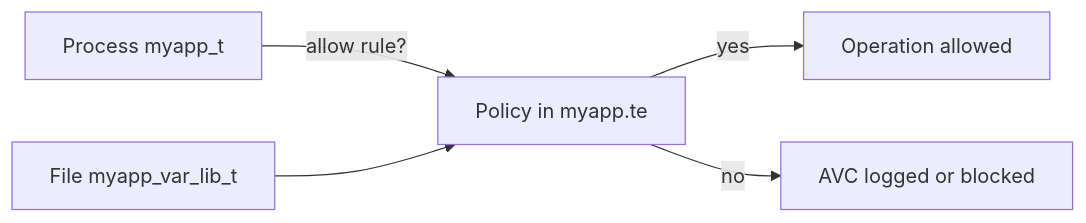
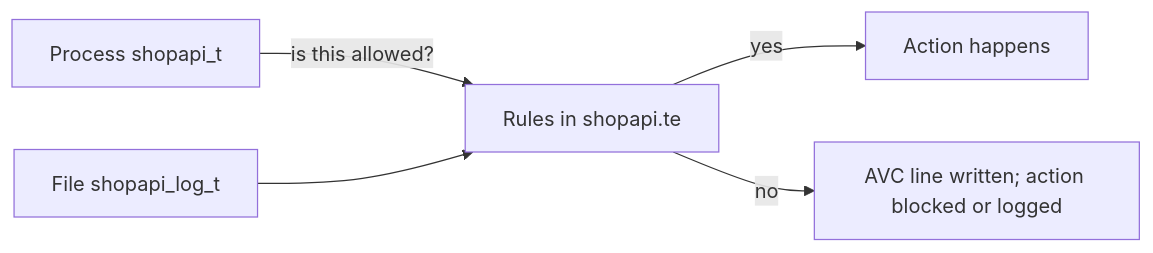
Before and after one commit to anurag-saran/selinux-pac: the diagram in docs/training/102-SELINUX_BASICS.md, drawn with Mermaid. The commit also changed other lines of this file, not shown here.

````diff
--- a/docs/training/102-SELINUX_BASICS.md
+++ b/docs/training/102-SELINUX_BASICS.md
@@ -60,7 +79,7 @@
 ```mermaid
 flowchart LR
-  Process["Process myapp_t"] -->|"allow rule?"| Policy["Policy in myapp.te"]
-  File["File myapp_var_lib_t"] --> Policy
-  Policy -->|yes| Allow["Operation allowed"]
-  Policy -->|no| Deny["AVC logged or blocked"]
+  Process["Process shopapi_t"] -->|"is this allowed?"| Policy["Rules in shopapi.te"]
+  File["File shopapi_log_t"] --> Policy
+  Policy -->|yes| Allow["Action happens"]
+  Policy -->|no| Deny["AVC line written; action blocked or logged"]
 ```
````
